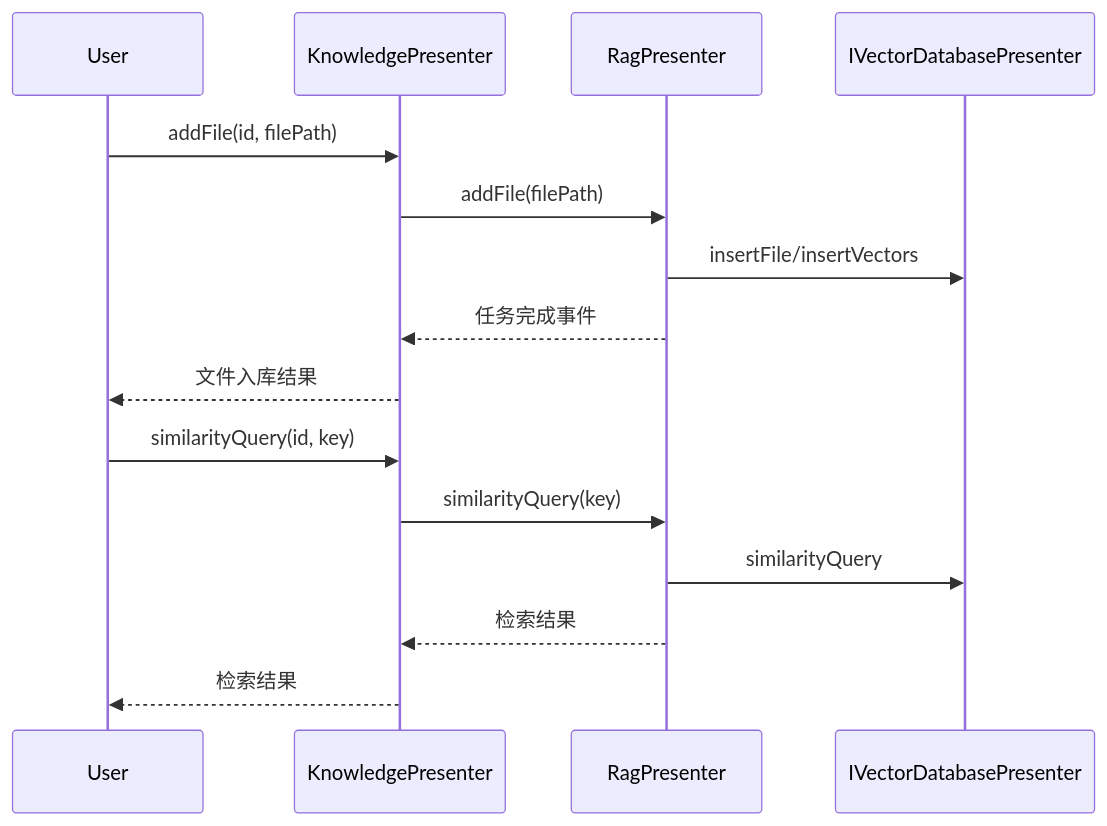
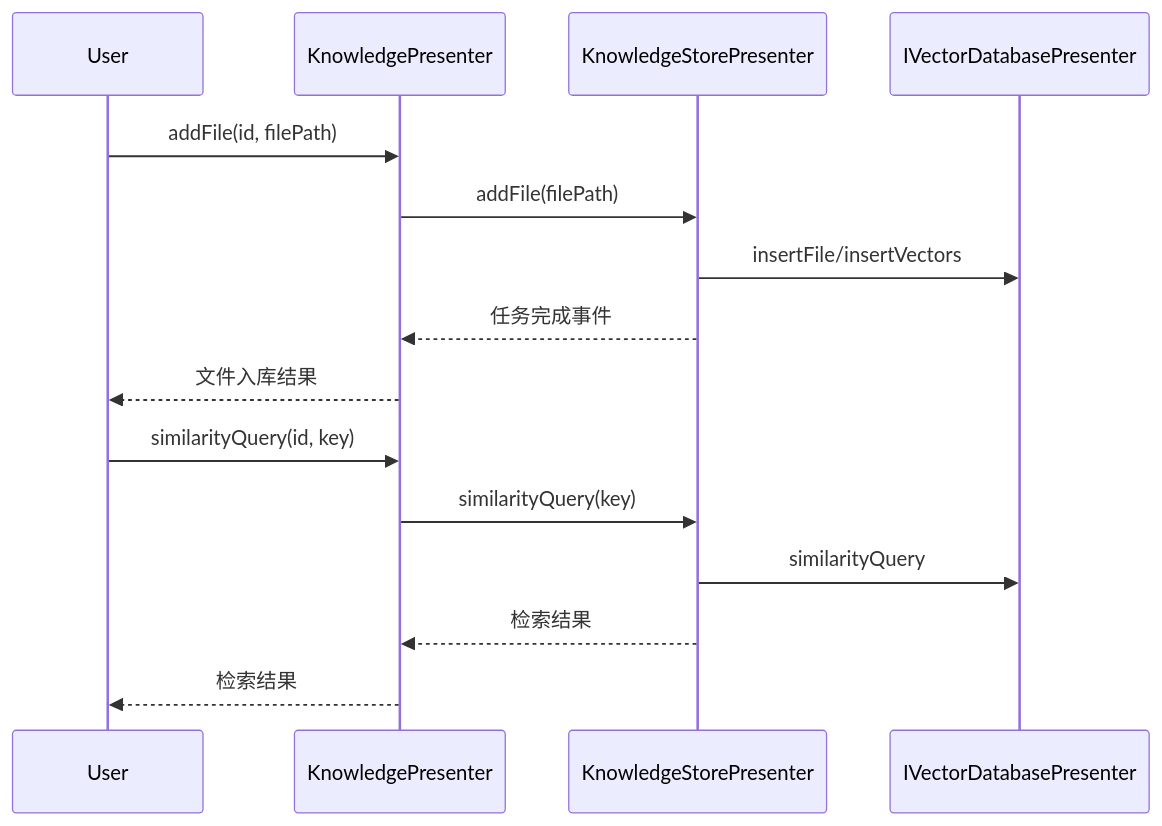
The third of 3 diagrams in docs/builtin-knowledge-architecture.md (wangle201210/deepchat), drawn with Mermaid before and after one commit. The commit also changed other lines of this file and 4 other files, not shown here.

Commit message:
feat: refactor BuiltinKnowledge module by replacing RagPresenter with KnowledgeStorePresenter and updating related components

````diff
--- a/docs/builtin-knowledge-architecture.md
+++ b/docs/builtin-knowledge-architecture.md
@@ -83,19 +83,19 @@
 ```mermaid
 sequenceDiagram
     participant User
     participant KnowledgePresenter
-    participant RagPresenter
+    participant KnowledgeStorePresenter
     participant IVectorDatabasePresenter
 
     User->>KnowledgePresenter: addFile(id, filePath)
-    KnowledgePresenter->>RagPresenter: addFile(filePath)
-    RagPresenter->>IVectorDatabasePresenter: insertFile/insertVectors
-    RagPresenter-->>KnowledgePresenter: 任务完成事件
+    KnowledgePresenter->>KnowledgeStorePresenter: addFile(filePath)
+    KnowledgeStorePresenter->>IVectorDatabasePresenter: insertFile/insertVectors
+    KnowledgeStorePresenter-->>KnowledgePresenter: 任务完成事件
     KnowledgePresenter-->>User: 文件入库结果
 
     User->>KnowledgePresenter: similarityQuery(id, key)
-    KnowledgePresenter->>RagPresenter: similarityQuery(key)
-    RagPresenter->>IVectorDatabasePresenter: similarityQuery
-    RagPresenter-->>KnowledgePresenter: 检索结果
+    KnowledgePresenter->>KnowledgeStorePresenter: similarityQuery(key)
+    KnowledgeStorePresenter->>IVectorDatabasePresenter: similarityQuery
+    KnowledgeStorePresenter-->>KnowledgePresenter: 检索结果
     KnowledgePresenter-->>User: 检索结果
 ```
````
